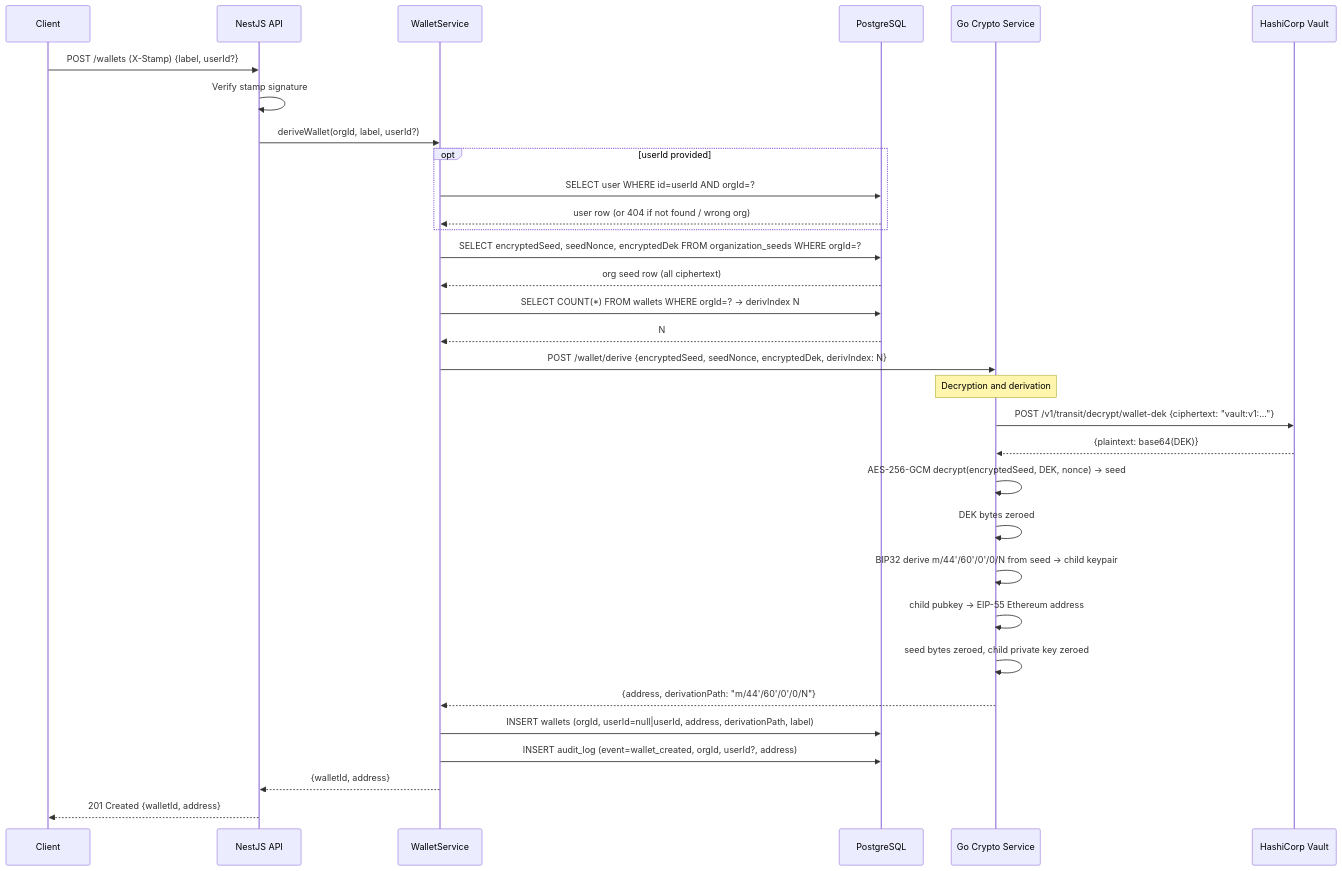
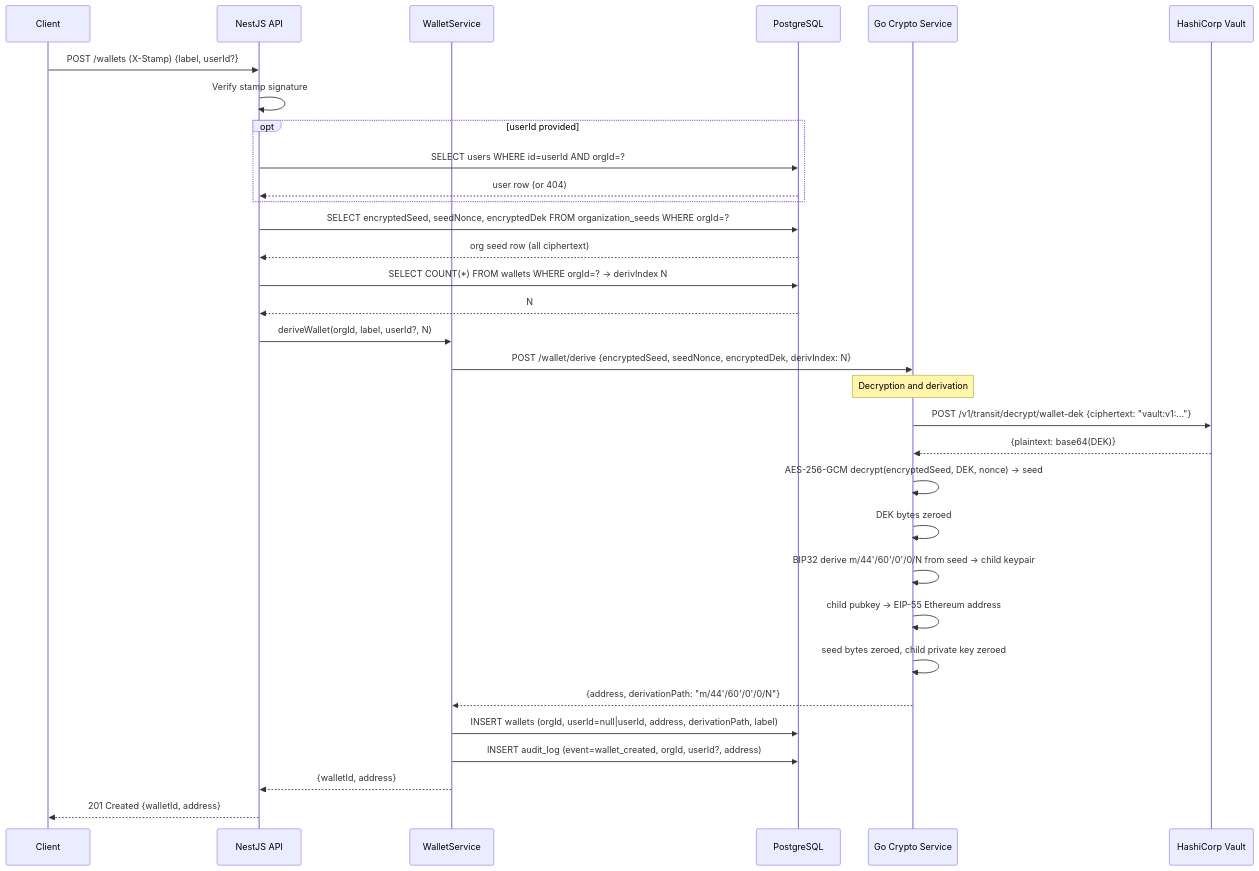
Before and after one commit to sg-milad/BrokeTurnkey: the fifth of 11 diagrams in docs/SEQUENCE_DIAGRAMS.md, drawn with Mermaid. The commit also changed other lines of this file, not shown here.

````diff
--- a/docs/SEQUENCE_DIAGRAMS.md
+++ b/docs/SEQUENCE_DIAGRAMS.md
@@ -94,43 +158,43 @@
 ```mermaid
 sequenceDiagram
     participant C as Client
     participant API as NestJS API
     participant WS as WalletService
     participant DB as PostgreSQL
     participant GO as Go Crypto Service
     participant V as HashiCorp Vault
 
     C->>API: POST /wallets (X-Stamp) {label, userId?}
     API->>API: Verify stamp signature
-    API->>WS: deriveWallet(orgId, label, userId?)
 
     opt userId provided
-        WS->>DB: SELECT user WHERE id=userId AND orgId=?
-        DB-->>WS: user row (or 404 if not found / wrong org)
+        API->>DB: SELECT users WHERE id=userId AND orgId=?
+        DB-->>API: user row (or 404)
     end
 
-    WS->>DB: SELECT encryptedSeed, seedNonce, encryptedDek FROM organization_seeds WHERE orgId=?
-    DB-->>WS: org seed row (all ciphertext)
+    API->>DB: SELECT encryptedSeed, seedNonce, encryptedDek FROM organization_seeds WHERE orgId=?
+    DB-->>API: org seed row (all ciphertext)
 
-    WS->>DB: SELECT COUNT(*) FROM wallets WHERE orgId=? → derivIndex N
-    DB-->>WS: N
+    API->>DB: SELECT COUNT(*) FROM wallets WHERE orgId=? → derivIndex N
+    DB-->>API: N
 
+    API->>WS: deriveWallet(orgId, label, userId?, N)
     WS->>GO: POST /wallet/derive {encryptedSeed, seedNonce, encryptedDek, derivIndex: N}
 
     note over GO: Decryption and derivation
     GO->>V: POST /v1/transit/decrypt/wallet-dek {ciphertext: "vault:v1:..."}
     V-->>GO: {plaintext: base64(DEK)}
     GO->>GO: AES-256-GCM decrypt(encryptedSeed, DEK, nonce) → seed
     GO->>GO: DEK bytes zeroed
     GO->>GO: BIP32 derive m/44'/60'/0'/0/N from seed → child keypair
     GO->>GO: child pubkey → EIP-55 Ethereum address
     GO->>GO: seed bytes zeroed, child private key zeroed
 
     GO-->>WS: {address, derivationPath: "m/44'/60'/0'/0/N"}
 
     WS->>DB: INSERT wallets (orgId, userId=null|userId, address, derivationPath, label)
     WS->>DB: INSERT audit_log (event=wallet_created, orgId, userId?, address)
 
     WS-->>API: {walletId, address}
     API-->>C: 201 Created {walletId, address}
 ```
````
